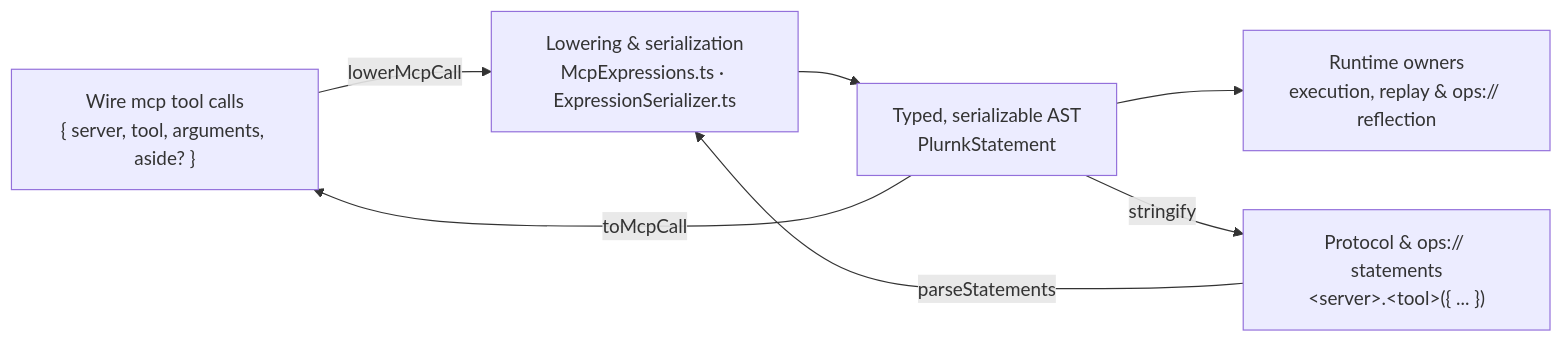
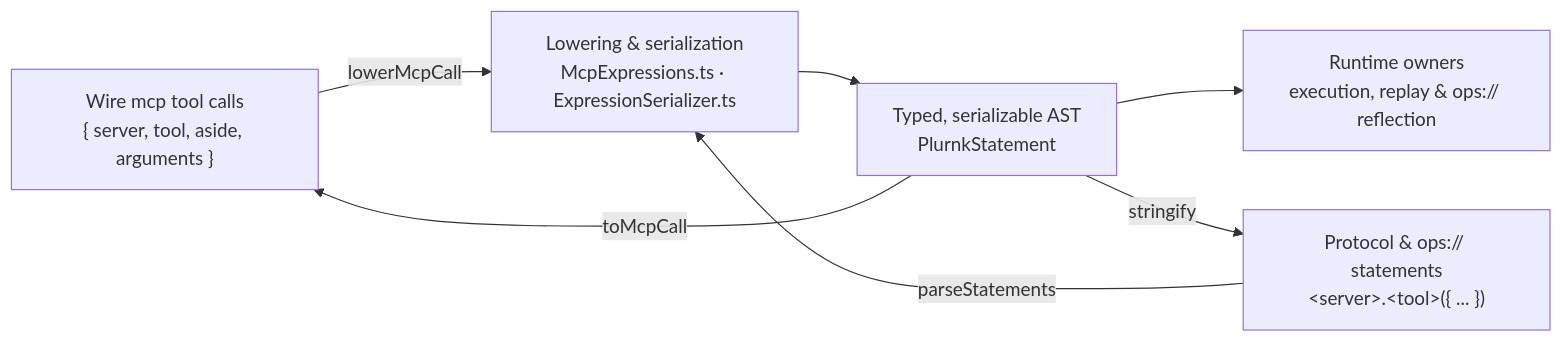
Before and after one commit to plurnk/plurnk-service: the diagram in plurnk-contracts/SPEC.md, drawn with Mermaid. The commit also changed other lines of this file and 30 other files, not shown here.

Commit message:
feat(contracts): require aside before arguments in universal mcp wire tool (#1561)

````diff
--- a/plurnk-contracts/SPEC.md
+++ b/plurnk-contracts/SPEC.md
@@ -23,14 +23,14 @@
 ```mermaid
 flowchart LR
-    wire["Wire mcp tool calls<br/>{ server, tool, arguments, aside? }"]
+    wire["Wire mcp tool calls<br/>{ server, tool, aside, arguments }"]
     stmtSrc["Protocol & ops:// statements<br/>&lt;server&gt;.&lt;tool&gt;({ ... })"]
     parser["Lowering & serialization<br/>McpExpressions.ts · ExpressionSerializer.ts"]
     ast["Typed, serializable AST<br/>PlurnkStatement"]
     runtime["Runtime owners<br/>execution, replay & ops:// reflection"]
     wire -->|"lowerMcpCall"| parser
     stmtSrc -->|"parseStatements"| parser
     parser --> ast
     ast --> runtime
     ast -->|"toMcpCall"| wire
     ast -->|"stringify"| stmtSrc
 ```
````
